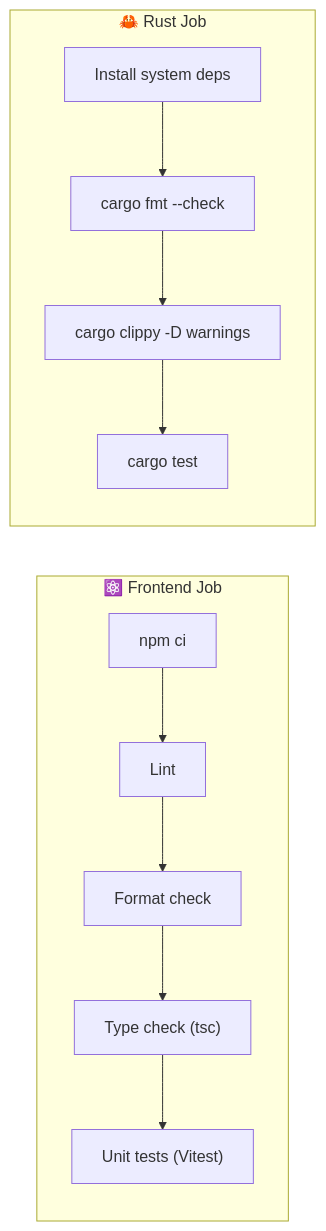
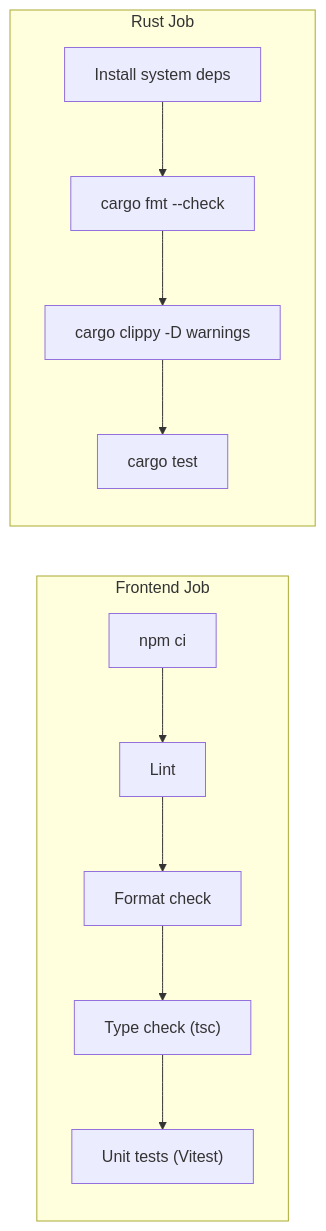
Before and after one commit to muchiny/wsl-dashboard: the fourth of 4 diagrams in README.md, drawn with Mermaid. The commit also changed other lines of this file and 10 other files, not shown here.

First line of the commit message:
docs: update all 11 READMEs to reflect current architecture

````diff
--- a/README.md
+++ b/README.md
@@ -208,15 +201,15 @@
 ```mermaid
 graph LR
-    subgraph Frontend["⚛️ Frontend Job"]
+    subgraph Frontend["Frontend Job"]
         F1["npm ci"] --> F2["Lint"]
         F2 --> F3["Format check"]
         F3 --> F4["Type check (tsc)"]
         F4 --> F5["Unit tests (Vitest)"]
     end
 
-    subgraph Rust["🦀 Rust Job"]
+    subgraph Rust["Rust Job"]
         R1["Install system deps"] --> R2["cargo fmt --check"]
         R2 --> R3["cargo clippy -D warnings"]
         R3 --> R4["cargo test"]
     end
 ```
````
